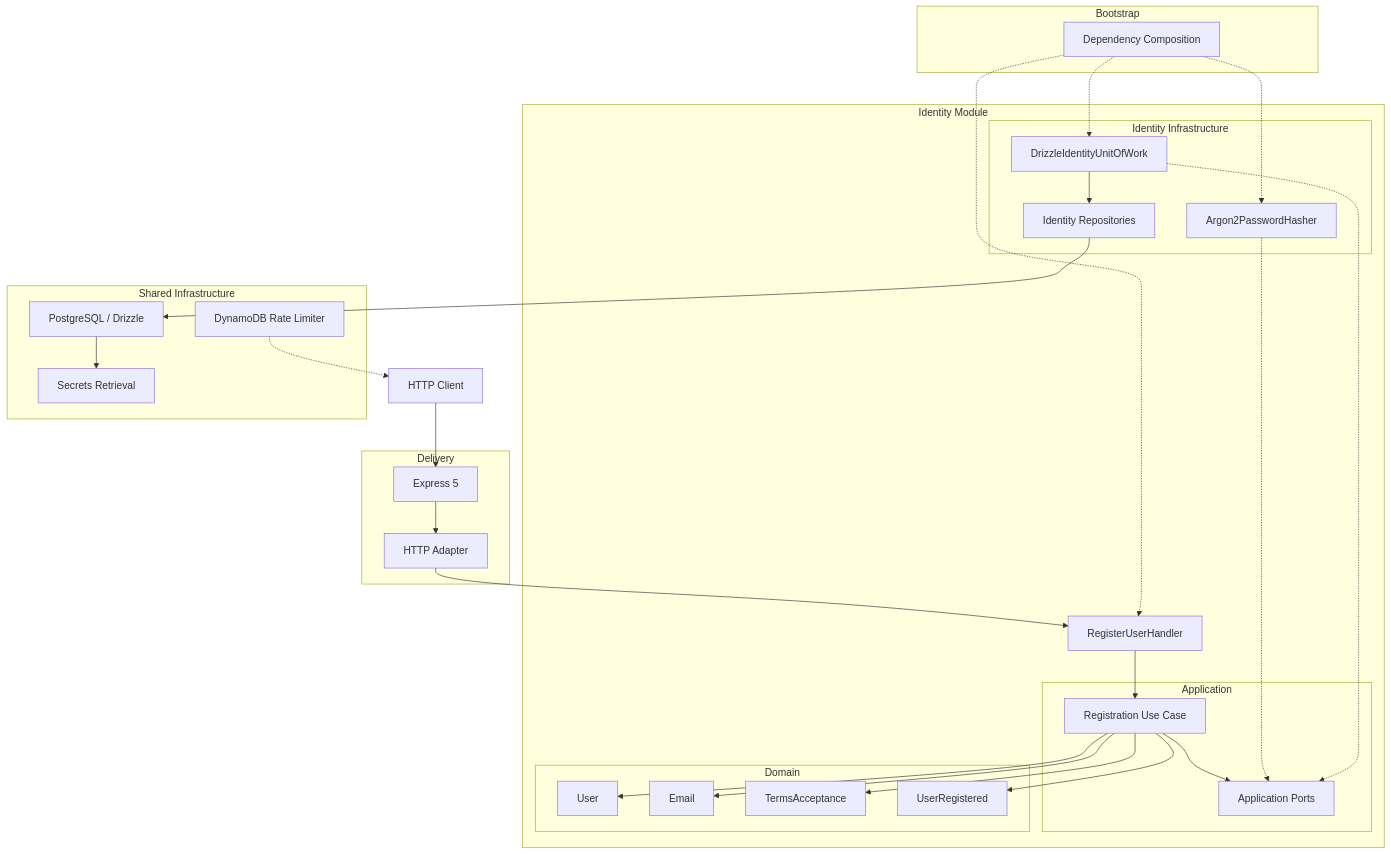
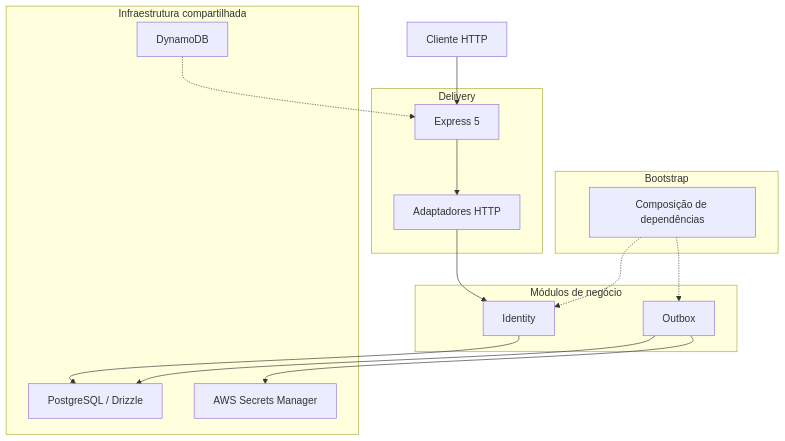
Before and after one commit to ffakira/orbis: the first of 2 diagrams in docs/architecture.md, drawn with Mermaid. The commit also changed other lines of this file and 4 other files, not shown here.

````diff
--- a/docs/architecture.md
+++ b/docs/architecture.md
@@ -90,62 +90,34 @@
 ```mermaid
 flowchart TB
-    Client["HTTP Client"]
+    Client["Cliente HTTP"]
 
     subgraph Delivery["Delivery"]
         Express["Express 5"]
-        HTTP["HTTP Adapter"]
+        HTTP["Adaptadores HTTP"]
     end
 
     subgraph Bootstrap["Bootstrap"]
-        Composition["Dependency Composition"]
+        Composition["Composição de dependências"]
     end
 
-    subgraph Identity["Identity Module"]
-        Handler["RegisterUserHandler"]
-
-        subgraph Application["Application"]
-            UseCase["Registration Use Case"]
-            Ports["Application Ports"]
-        end
-
-        subgraph Domain["Domain"]
-            User["User"]
-            Email["Email"]
-            Terms["TermsAcceptance"]
-            Event["UserRegistered"]
-        end
-
-        subgraph ModuleInfrastructure["Identity Infrastructure"]
-            Hasher["Argon2PasswordHasher"]
-            UoW["DrizzleIdentityUnitOfWork"]
-            Repositories["Identity Repositories"]
-        end
+    subgraph Modules["Módulos de negócio"]
+        Identity["Identity"]
+        Outbox["Outbox"]
     end
 
-    subgraph SharedInfrastructure["Shared Infrastructure"]
+    subgraph Shared["Infraestrutura compartilhada"]
         Database["PostgreSQL / Drizzle"]
-        Secrets["Secrets Retrieval"]
-        RateLimit["DynamoDB Rate Limiter"]
+        Secrets["AWS Secrets Manager"]
+        RateLimit["DynamoDB"]
     end
 
     Client --> Express
     Express --> HTTP
-    HTTP --> Handler
-    Composition -.-> Handler
-    Composition -.-> Hasher
-    Composition -.-> UoW
-
-    Handler --> UseCase
-    UseCase --> User
-    UseCase --> Email
-    UseCase --> Terms
-    UseCase --> Event
-    UseCase --> Ports
-
-    Hasher -.-> Ports
-    UoW -.-> Ports
-    UoW --> Repositories
-    Repositories --> Database
-    Database --> Secrets
-    RateLimit -.-> Client
+    HTTP --> Identity
+    Composition -.-> Identity
+    Composition -.-> Outbox
+    Identity --> Database
+    Outbox --> Database
+    Outbox --> Secrets
+    RateLimit -.-> Express
 ```
````
